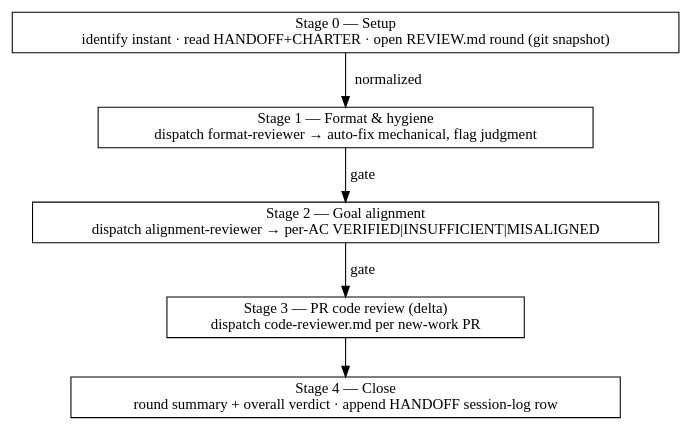
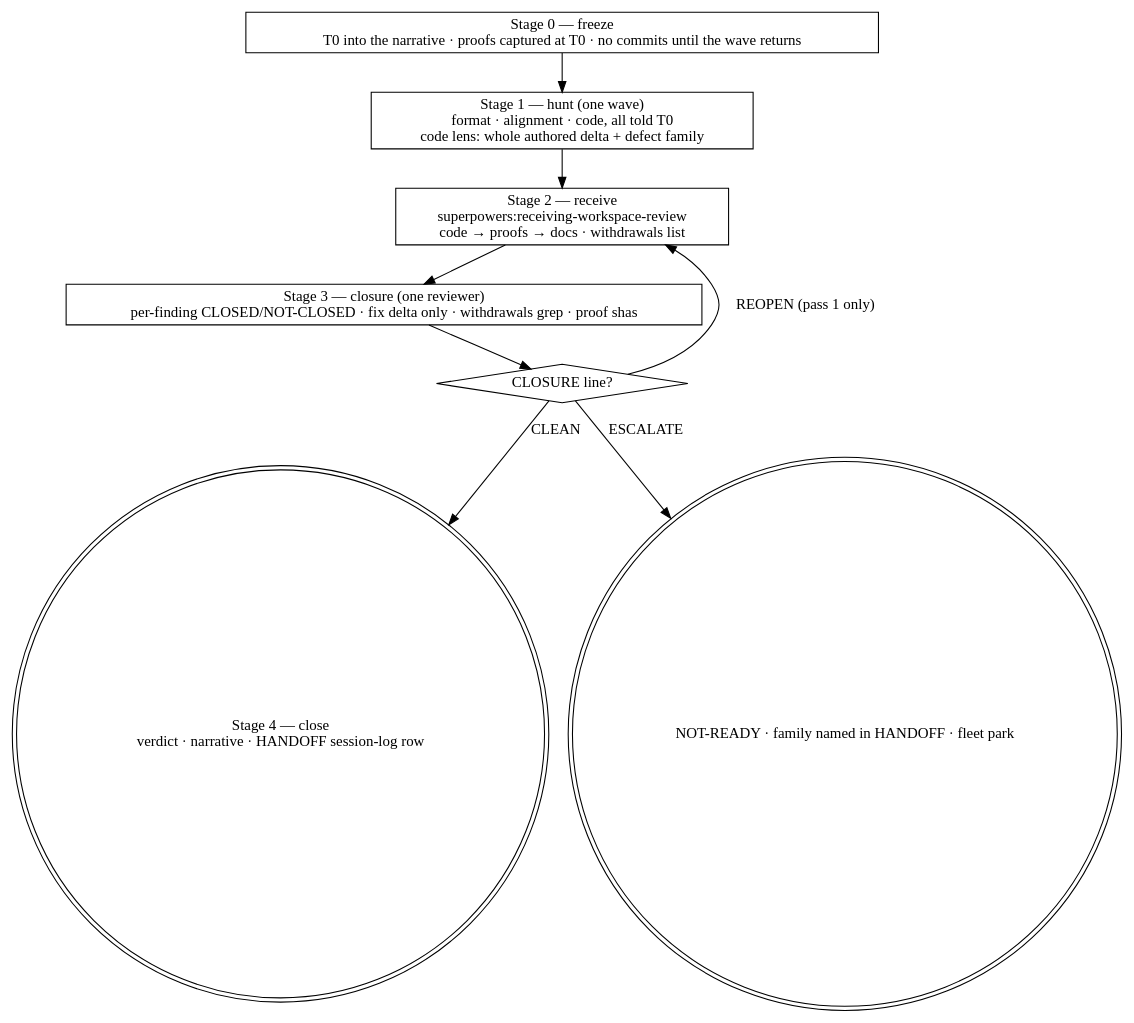
One commit to Davis-Zhang-Onehouse/superpowers changed the diagram in skills/reviewing-workspace/SKILL.md. Above: the diagram before and after it, drawn with Graphviz. The commit also changed other lines of this file and 8 other files, not shown here.

Commit message:
reviewing-workspace: hunt once at a frozen tip, receive, close by rule

````diff
--- a/skills/reviewing-workspace/SKILL.md
+++ b/skills/reviewing-workspace/SKILL.md
@@ -27,13 +37,15 @@
 ```dot
 digraph review {
-  s0 [shape=box,label="Stage 0 — Setup\nidentify instant · read HANDOFF+CHARTER · open REVIEW.md round (git snapshot)"];
-  s1 [shape=box,label="Stage 1 — Format & hygiene\ndispatch format-reviewer → auto-fix mechanical, flag judgment"];
-  s2 [shape=box,label="Stage 2 — Goal alignment\ndispatch alignment-reviewer → per-AC VERIFIED|INSUFFICIENT|MISALIGNED"];
-  s3 [shape=box,label="Stage 3 — PR code review (delta)\ndispatch code-reviewer.md per new-work PR"];
-  s4 [shape=box,label="Stage 4 — Close\nround summary + overall verdict · append HANDOFF session-log row"];
-  s0 -> s1 [label="normalized"];
-  s1 -> s2 [label="gate"];
-  s2 -> s3 [label="gate"];
-  s3 -> s4;
+  s0 [shape=box,label="Stage 0 — freeze\nT0 into the narrative · proofs captured at T0 · no commits until the wave returns"];
+  s1 [shape=box,label="Stage 1 — hunt (one wave)\nformat · alignment · code, all told T0\ncode lens: whole authored delta + defect family"];
+  s2 [shape=box,label="Stage 2 — receive\nsuperpowers:receiving-workspace-review\ncode → proofs → docs · withdrawals list"];
+  s3 [shape=box,label="Stage 3 — closure (one reviewer)\nper-finding CLOSED/NOT-CLOSED · fix delta only · withdrawals grep · proof shas"];
+  stop [shape=diamond,label="CLOSURE line?"];
+  done [shape=doublecircle,label="Stage 4 — close\nverdict · narrative · HANDOFF session-log row"];
+  esc [shape=doublecircle,label="NOT-READY · family named in HANDOFF · fleet park"];
+  s0 -> s1 -> s2 -> s3 -> stop;
+  stop -> done [label="CLEAN"];
+  stop -> s2 [label="REOPEN (pass 1 only)"];
+  stop -> esc [label="ESCALATE"];
 }
 ```
````
